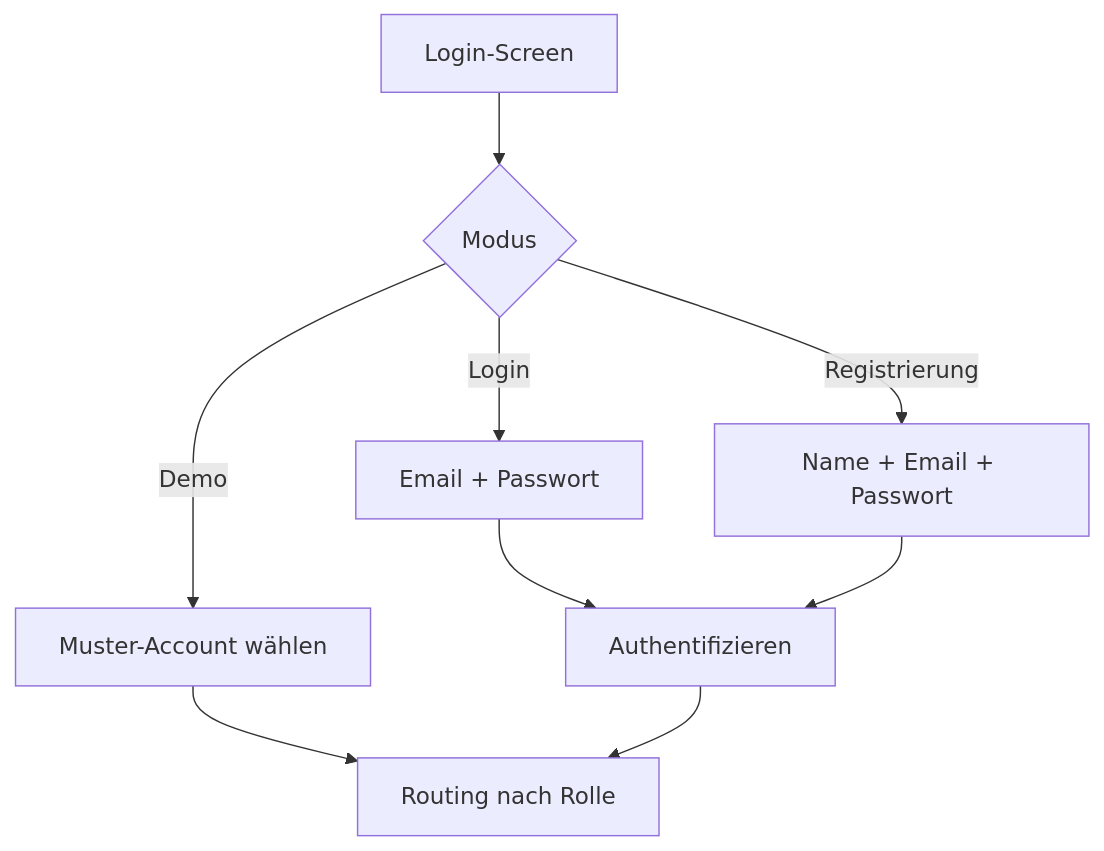
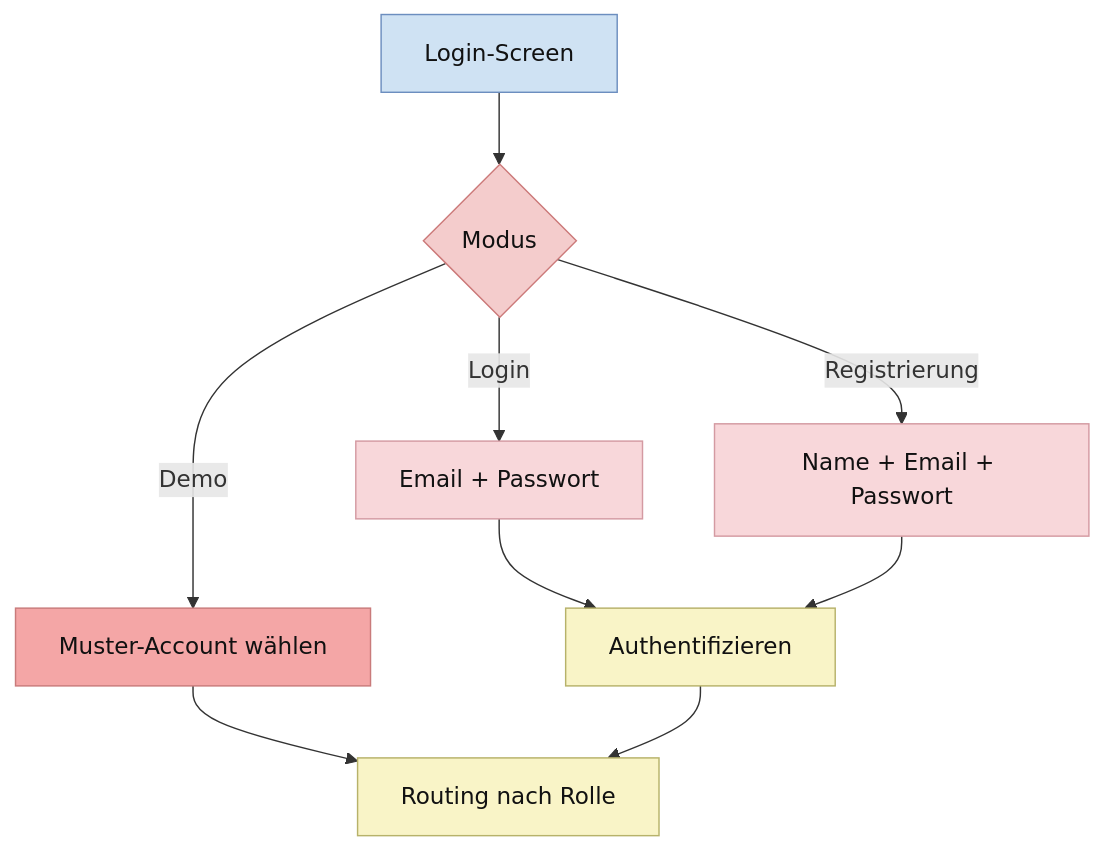
Before and after one commit to Nejy190501/WGManager: the eighth of 23 diagrams in ABLAUFDIAGRAMM.md, drawn with Mermaid. The commit also changed other lines of this file, not shown here.

````diff
--- a/ABLAUFDIAGRAMM.md
+++ b/ABLAUFDIAGRAMM.md
@@ -257,11 +358,25 @@
 ```mermaid
 flowchart TD
     A["Login-Screen"] --> B{"Modus"}
     B -->|Login| C["Email + Passwort"]
     B -->|Registrierung| D["Name + Email + Passwort"]
     B -->|Demo| E["Muster-Account wählen"]
     C --> F["Authentifizieren"]
     D --> F
     E --> G["Routing nach Rolle"]
     F --> G
+
+    classDef userAction fill:#ead1f2,stroke:#8e7cc3,color:#111;
+    classDef systemAction fill:#f9f4c7,stroke:#b7b26a,color:#111;
+    classDef userDecision fill:#f4cccc,stroke:#cc7a7a,color:#111;
+    classDef systemDecision fill:#fff2b2,stroke:#c9b458,color:#111;
+    classDef button fill:#f4a6a6,stroke:#c97b7b,color:#111;
+    classDef userInput fill:#f8d7da,stroke:#d49aa2,color:#111;
+    classDef screen fill:#cfe2f3,stroke:#6c8ebf,color:#111;
+
+    class F,G systemAction;
+    class B userDecision;
+    class E button;
+    class C,D userInput;
+    class A screen;
 ```
````
